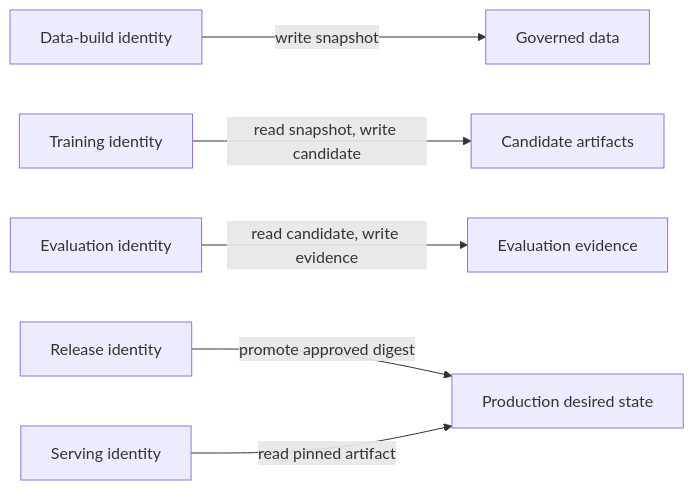
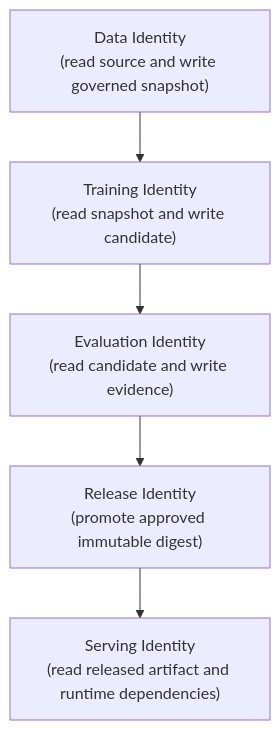
Before and after one commit to senlinyy/dev-roadmaps: the fourth of 7 diagrams in roadmaps/mlops/modules/governance-and-responsible-ai/security/03-secrets-credentials-in-ml-pipelines.md, drawn with Mermaid. The commit also changed other lines of this file and 152 other files, not shown here.

Commit message:
feat: mlops and diagrams updated

````diff
--- a/roadmaps/mlops/modules/governance-and-responsible-ai/security/03-secrets-credentials-in-ml-pipelines.md
+++ b/roadmaps/mlops/modules/governance-and-responsible-ai/security/03-secrets-credentials-in-ml-pipelines.md
@@ -94,8 +341,10 @@
 ```mermaid
-flowchart LR
-    D["Data-build identity"] -->|"write snapshot"| S["Governed data"]
-    T["Training identity"] -->|"read snapshot, write candidate"| C["Candidate artifacts"]
-    E["Evaluation identity"] -->|"read candidate, write evidence"| V["Evaluation evidence"]
-    R["Release identity"] -->|"promote approved digest"| P["Production desired state"]
-    O["Serving identity"] -->|"read pinned artifact"| P
+flowchart TD
+    A["Data Identity<br/>(read source and write governed snapshot)"] --> B["Training Identity<br/>(read snapshot and write candidate)"]
+    B --> C["Evaluation Identity<br/>(read candidate and write evidence)"]
+    C --> D["Release Identity<br/>(promote approved immutable digest)"]
+    D --> E["Serving Identity<br/>(read released artifact and runtime dependencies)"]
+
+    class A,B,C,E stage;
+    class D release;
 ```
````
